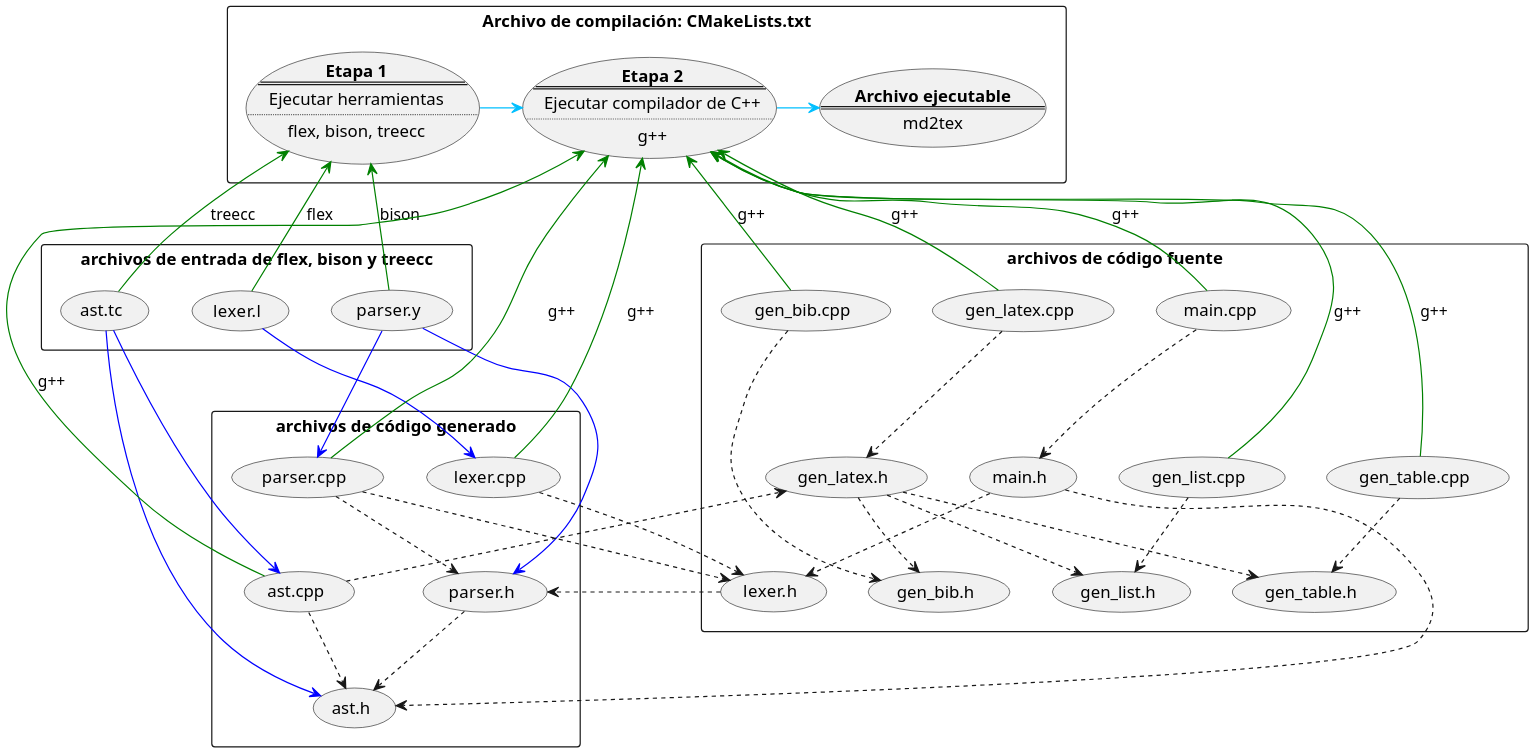
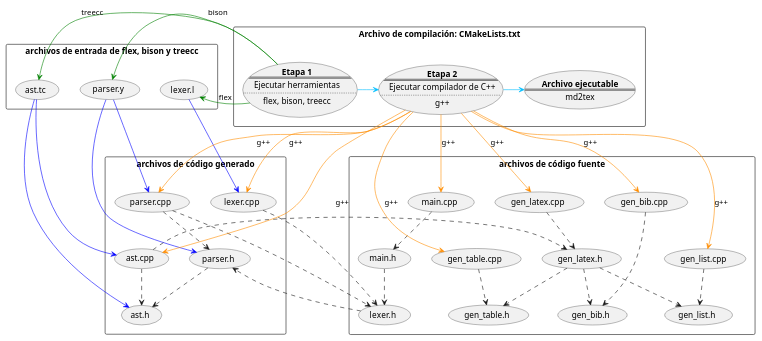
The diagram in compile-files.puml (LuisFajardoF/Diagramas-PUML), drawn with PlantUML before and after one commit. The commit also changed 4 other files, not shown here.

Commit message:
diagrama de gen-code-dev-flow, preamble-class y package-class

```diff
--- a/compile-files.puml
+++ b/compile-files.puml
@@ -1,77 +1,76 @@
 @startuml
-	scale 2
+    scale 1260 * 840
     rectangle "Archivo de compilación: CMakeLists.txt" {
         usecase CompileTools as "
             **Etapa 1**
             ===
             Ejecutar herramientas
             ....
             flex, bison, treecc
         "
 
         usecase Compiler as "
             **Etapa 2**
             ===
             Ejecutar compilador de C++
             ....
             g++
         "
 
         usecase Executable as "
             **Archivo ejecutable**
             ===
             md2tex
         "
         (CompileTools) -[#DeepSkyBlue]> (Compiler)  
         (Compiler) -[#DeepSkyBlue]> (Executable)  
     }
     
     rectangle "archivos de código generado" {
         (ast.h)
         (ast.cpp) ..> (ast.h)
         (ast.cpp)
         (lexer.cpp)
         (parser.h) ..> (ast.h)
         (parser.cpp) ..> (parser.h)
     }
 
     rectangle "archivos de entrada de flex, bison y treecc" {
         (lexer.l) -[#blue]-> (lexer.cpp)
         (parser.y) -[#blue]-> (parser.h)
         (parser.y) -[#blue]-> (parser.cpp)
         (ast.tc) -[#blue]-> (ast.cpp)
         (ast.tc) -[#blue]-> (ast.h)
-        (CompileTools) <-[#green]- (lexer.l) : flex
-        (CompileTools) <-[#green]- (parser.y) : bison
-        (CompileTools) <-[#green]- (ast.tc) : treecc
+        (CompileTools) -[#green]> (lexer.l) : flex
+        (CompileTools) -[#green]> (parser.y) : bison
+        (CompileTools) -[#green]> (ast.tc) : treecc
     }
 
     rectangle "archivos de código fuente" {
         (main.h) ..> (lexer.h)
-        (main.h) ..> (ast.h)
         (main.cpp) ..> (main.h)
         (lexer.h) ..> (parser.h)
         (parser.cpp) ..> (lexer.h)
         (lexer.cpp) ..> (lexer.h)
         (ast.cpp) ..> (gen_latex.h)
         (gen_latex.cpp) ..> (gen_latex.h)
         (gen_latex.h) ..> (gen_table.h)
         (gen_latex.h) ..> (gen_list.h)
         (gen_latex.h) ..> (gen_bib.h)
         (gen_bib.cpp) ...> (gen_bib.h)
         (gen_bib.h)
         (gen_list.cpp) ..> (gen_list.h)
         (gen_list.h)
         (gen_table.cpp) ..> (gen_table.h)
         (gen_table.h)
-        (Compiler) <-[#green]- (gen_bib.cpp) : g++
-        (Compiler) <-[#green]- (gen_list.cpp) : g++
-        (Compiler) <-[#green]- (gen_table.cpp) : g++
-        (Compiler) <-[#green]- (gen_latex.cpp) : g++
-        (Compiler) <-[#green]- (ast.cpp) : g++
-        (Compiler) <-[#green]- (parser.cpp) : g++
-        (Compiler) <-[#green]- (lexer.cpp) : g++
-        (Compiler) <-[#green]- (main.cpp) : g++
+        (Compiler) -[#DarkOrange]-> (gen_bib.cpp) : g++
+        (Compiler) -[#DarkOrange]-> (gen_list.cpp) : g++
+        (Compiler) -[#DarkOrange]-> (gen_table.cpp) : g++
+        (Compiler) -[#DarkOrange]-> (gen_latex.cpp) : g++
+        (Compiler) -[#DarkOrange]-> (ast.cpp) : g++
+        (Compiler) -[#DarkOrange]-> (parser.cpp) : g++
+        (Compiler) -[#DarkOrange]-> (lexer.cpp) : g++
+        (Compiler) -[#DarkOrange]-> (main.cpp) : g++
     }
 
 @enduml
```
